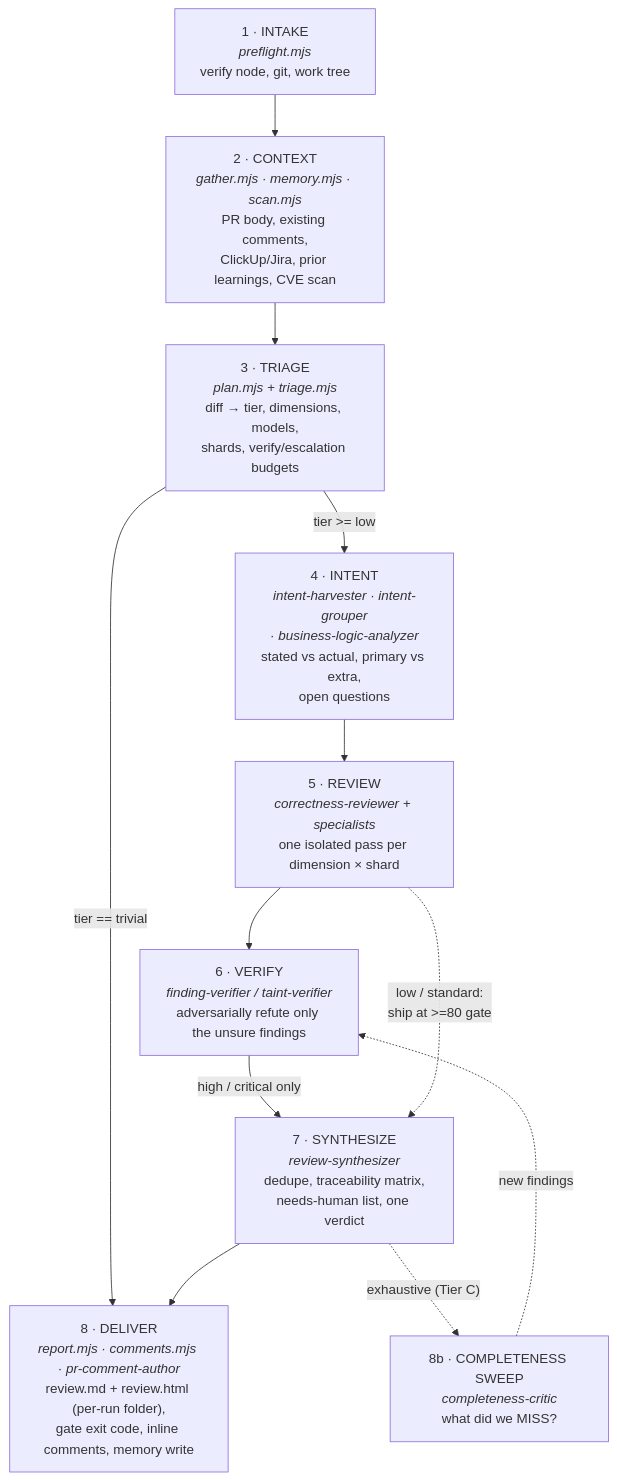
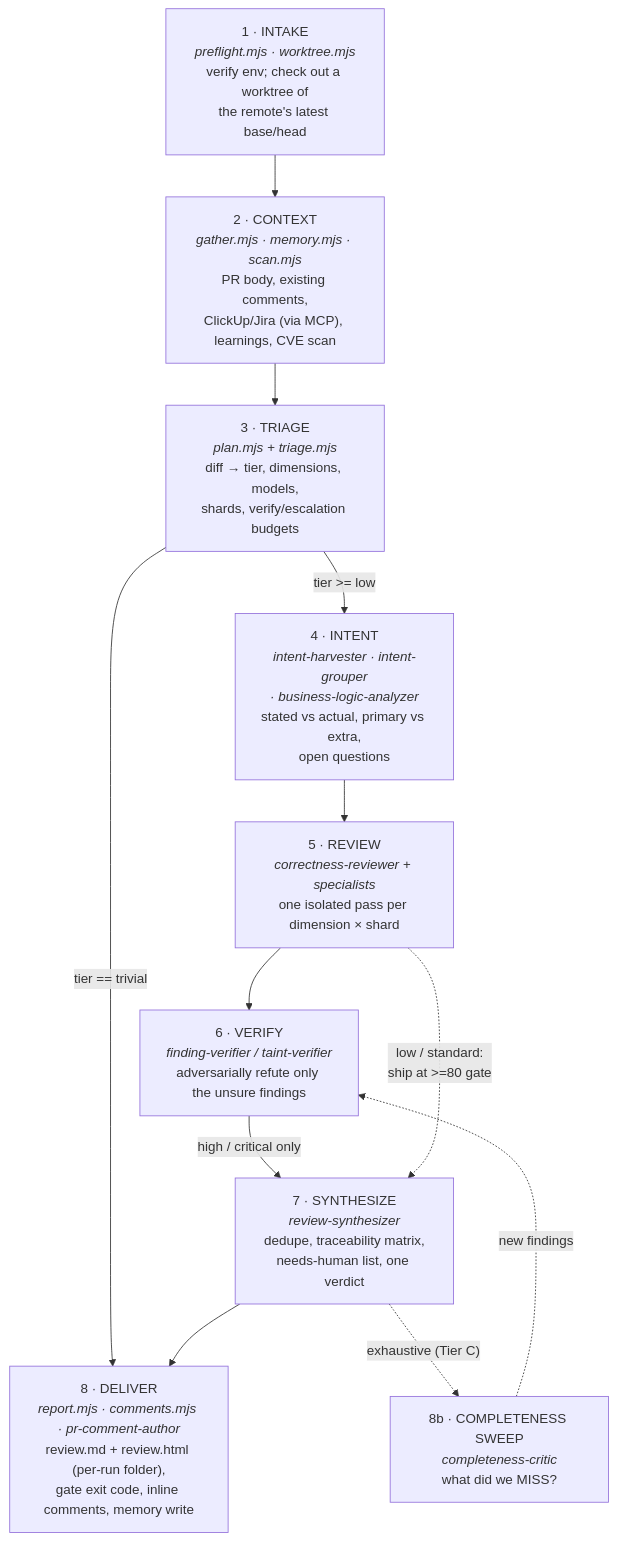
Before and after one commit to Tahmid12Khan/agentic-workflows: the second of 8 diagrams in docs/ARCHITECTURE.md, drawn with Mermaid. The commit also changed other lines of this file and 1 other file, not shown here.

First line of the commit message:
docs: document MCP trackers + worktree review (v0.2)

````diff
--- a/docs/ARCHITECTURE.md
+++ b/docs/ARCHITECTURE.md
@@ -62,20 +62,20 @@
 ```mermaid
 flowchart TD
-  A["1 · INTAKE<br/><i>preflight.mjs</i><br/>verify node, git, work tree"]
-  B["2 · CONTEXT<br/><i>gather.mjs · memory.mjs · scan.mjs</i><br/>PR body, existing comments,<br/>ClickUp/Jira, prior learnings, CVE scan"]
+  A["1 · INTAKE<br/><i>preflight.mjs · worktree.mjs</i><br/>verify env; check out a worktree of<br/>the remote's latest base/head"]
+  B["2 · CONTEXT<br/><i>gather.mjs · memory.mjs · scan.mjs</i><br/>PR body, existing comments,<br/>ClickUp/Jira (via MCP), learnings, CVE scan"]
   C["3 · TRIAGE<br/><i>plan.mjs + triage.mjs</i><br/>diff → tier, dimensions, models,<br/>shards, verify/escalation budgets"]
   D["4 · INTENT<br/><i>intent-harvester · intent-grouper<br/>· business-logic-analyzer</i><br/>stated vs actual, primary vs extra,<br/>open questions"]
   E["5 · REVIEW<br/><i>correctness-reviewer + specialists</i><br/>one isolated pass per dimension × shard"]
   F["6 · VERIFY<br/><i>finding-verifier / taint-verifier</i><br/>adversarially refute only the unsure findings"]
   G["7 · SYNTHESIZE<br/><i>review-synthesizer</i><br/>dedupe, traceability matrix,<br/>needs-human list, one verdict"]
   H["8 · DELIVER<br/><i>report.mjs · comments.mjs · pr-comment-author</i><br/>review.md + review.html (per-run folder),<br/>gate exit code, inline comments, memory write"]
 
   A --> B --> C
   C -->|"tier == trivial"| H
   C -->|"tier >= low"| D --> E --> F
   F -->|"high / critical only"| G
   E -.->|"low / standard:<br/>ship at >=80 gate"| G
   G --> H
   G -.->|"exhaustive (Tier C)"| X["8b · COMPLETENESS SWEEP<br/><i>completeness-critic</i><br/>what did we MISS?"]
   X -.->|new findings| F
 ```
````
